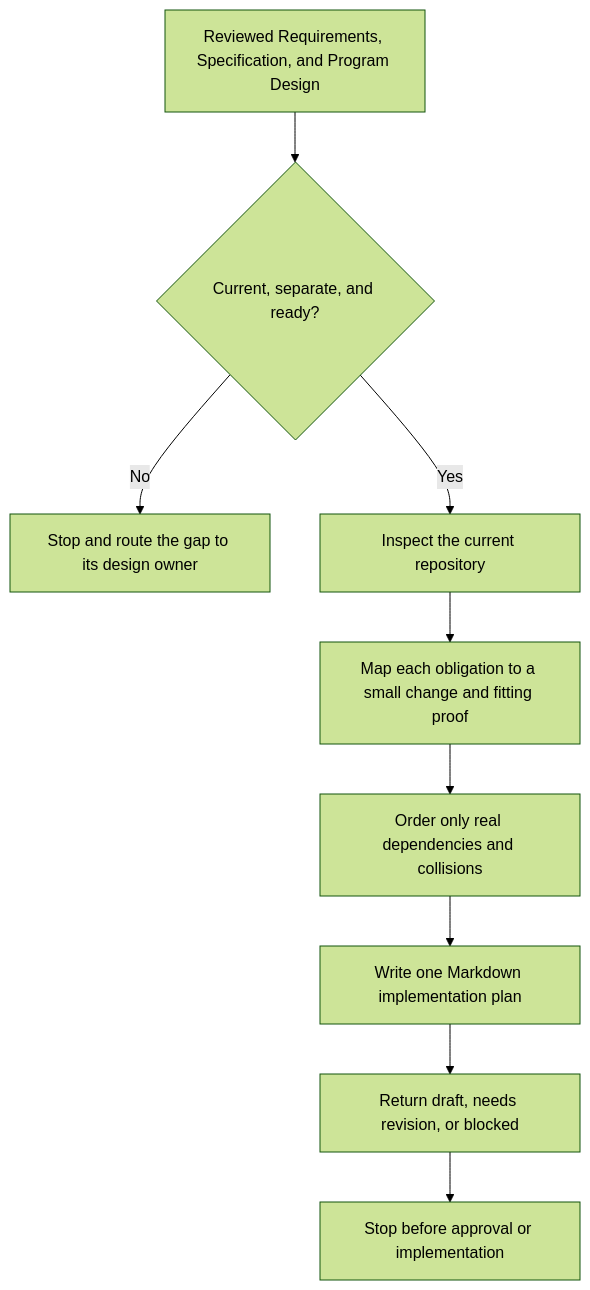
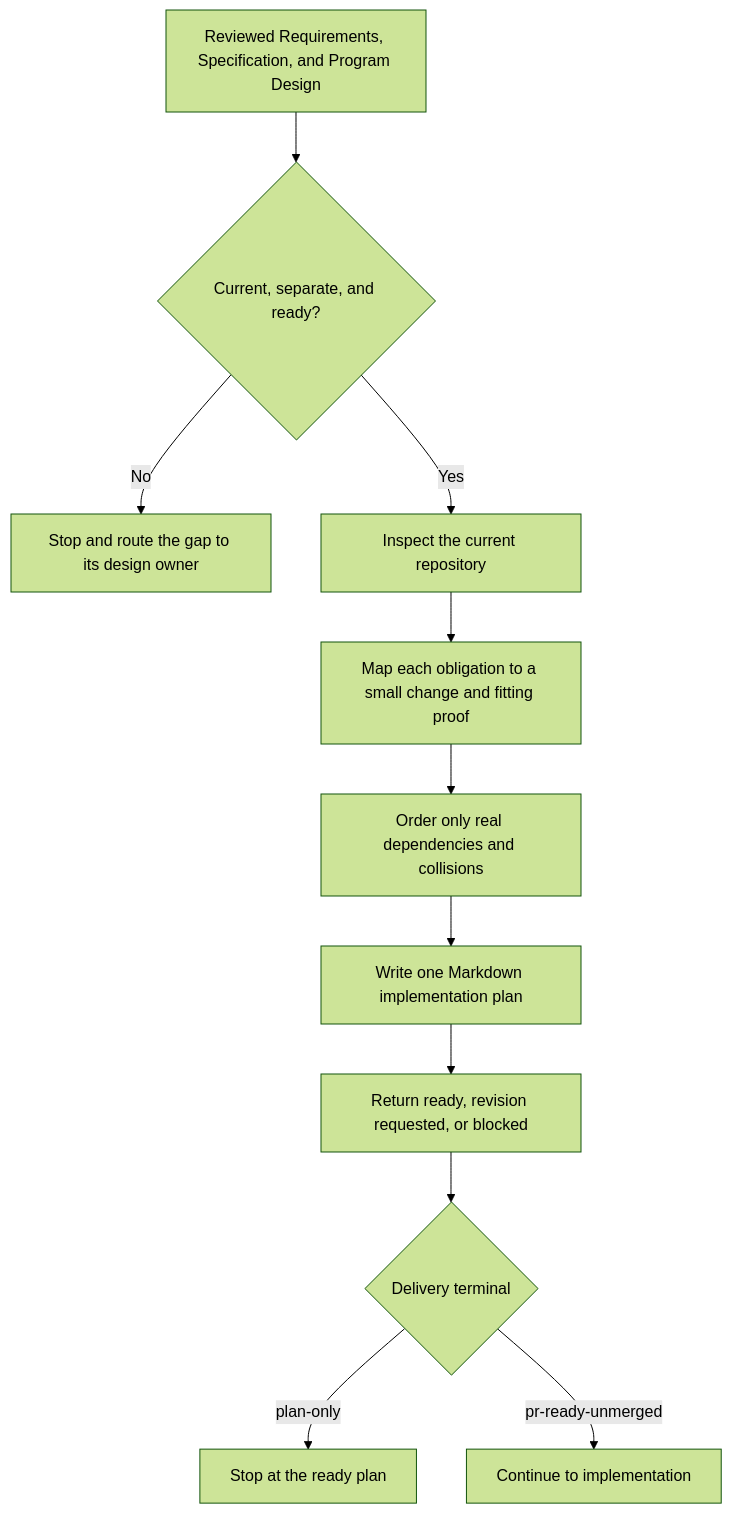
The diagram in plugins/shravan-dev-workflow/skills/plan-implementation/README.md (ShravanSunder/ai-tools), drawn with Mermaid (forest theme) before and after one commit. The commit also changed other lines of this file and 120 other files, not shown here.

````diff
--- a/plugins/shravan-dev-workflow/skills/plan-implementation/README.md
+++ b/plugins/shravan-dev-workflow/skills/plan-implementation/README.md
@@ -9,11 +9,13 @@
 ```mermaid
 flowchart TD
     A[Reviewed Requirements, Specification, and Program Design] --> B{Current, separate, and ready?}
     B -- No --> C[Stop and route the gap to its design owner]
     B -- Yes --> D[Inspect the current repository]
     D --> E[Map each obligation to a small change and fitting proof]
     E --> F[Order only real dependencies and collisions]
     F --> G[Write one Markdown implementation plan]
-    G --> H[Return draft, needs revision, or blocked]
-    H --> I[Stop before approval or implementation]
+    G --> H[Return ready, revision requested, or blocked]
+    H --> I{Delivery terminal}
+    I -- plan-only --> J[Stop at the ready plan]
+    I -- pr-ready-unmerged --> K[Continue to implementation]
 ```
````
